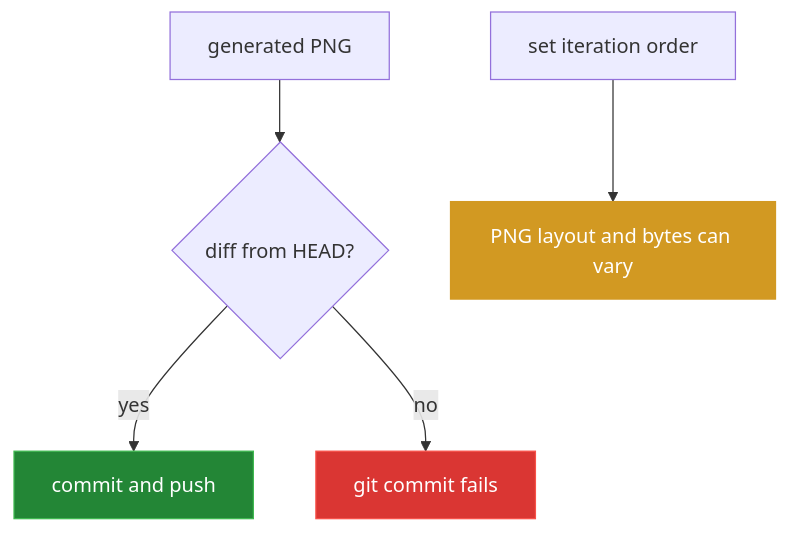
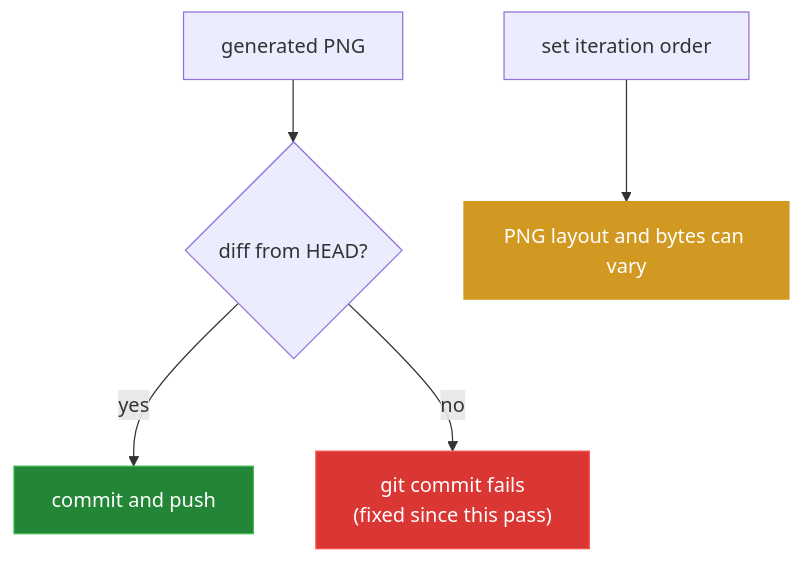
One commit to Bissbert/obsidian-graph-github-action changed the diagram in docs/BUGS-FOUND.md. Above: the diagram before and after it, drawn with Mermaid. The commit also changed other lines of this file and 1 other file, not shown here.

````diff
--- a/docs/BUGS-FOUND.md
+++ b/docs/BUGS-FOUND.md
@@ -8,11 +17,11 @@
 ```mermaid
 flowchart TD
     A["generated PNG"] --> B{"diff from HEAD?"}
     B -- "yes" --> C["commit and push"]
-    B -- "no" --> D["git commit fails"]
+    B -- "no" --> D["git commit fails<br/>(fixed since this pass)"]
     E["set iteration order"] --> F["PNG layout and bytes can vary"]
 
     style C fill:#238636,stroke:#3fb950,color:#fff
     style D fill:#da3633,stroke:#f85149,color:#fff
     style F fill:#d29922,stroke:#d29922,color:#fff
 ```
````
